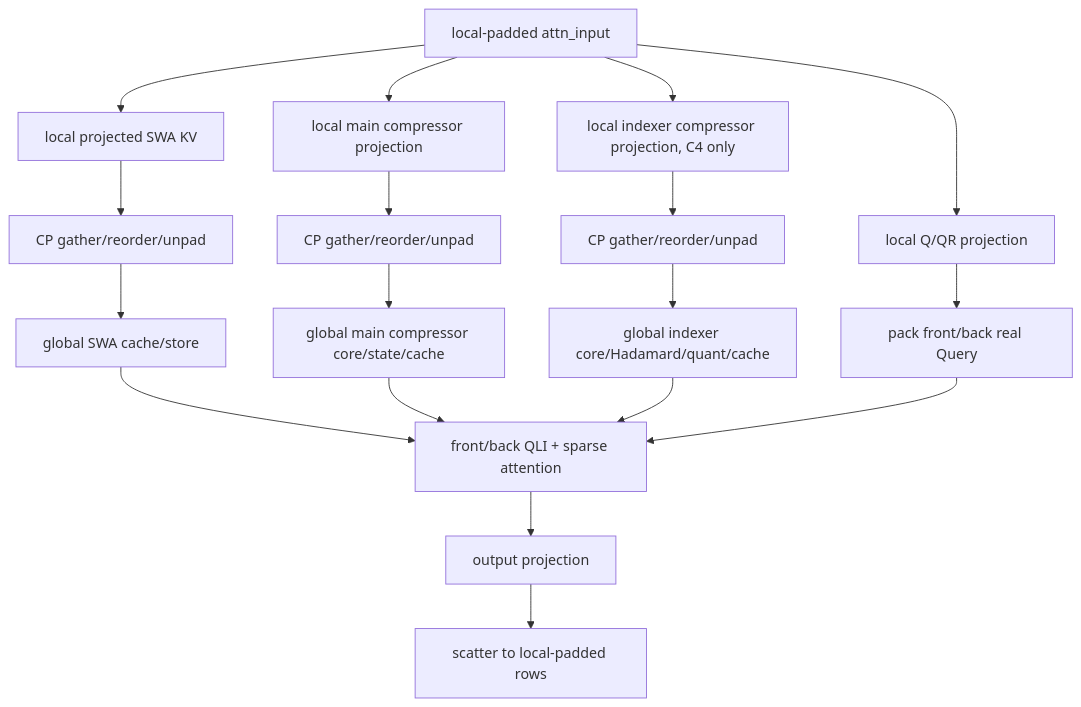
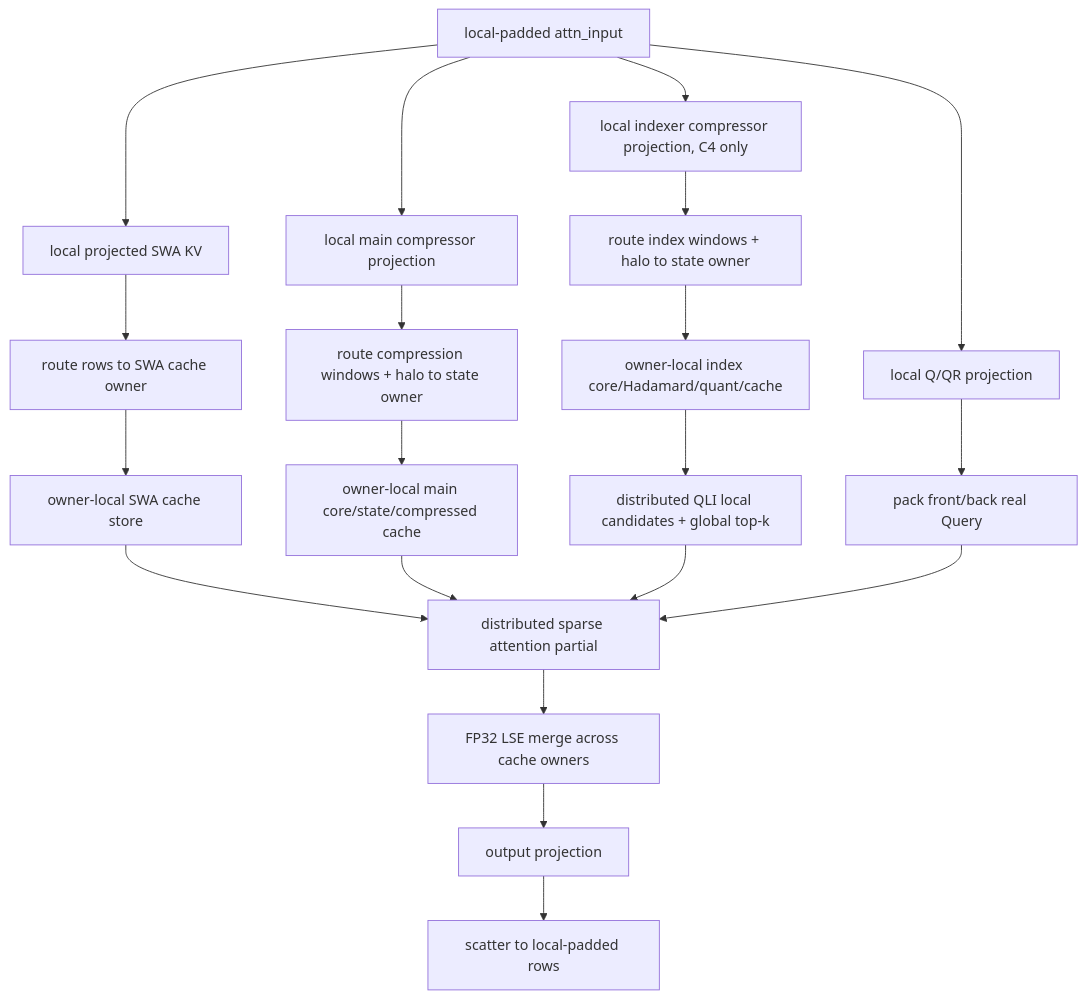
One commit to DongheJin/xllm changed the diagram in docs/src/content/docs/zh/design/deepseek_v4_npu_cp_pre_compressor_v2.md. Above: the diagram before and after it, drawn with Mermaid. The commit also changed other lines of this file and 97 other files, not shown here.

````diff
--- a/docs/src/content/docs/zh/design/deepseek_v4_npu_cp_pre_compressor_v2.md
+++ b/docs/src/content/docs/zh/design/deepseek_v4_npu_cp_pre_compressor_v2.md
@@ -346,20 +329,22 @@
 ```mermaid
 flowchart TD
   A[local-padded attn_input] --> B[local Q/QR projection]
   A --> C[local projected SWA KV]
   A --> D[local main compressor projection]
   A --> E[local indexer compressor projection, C4 only]
-  C --> F[CP gather/reorder/unpad]
-  D --> G[CP gather/reorder/unpad]
-  E --> H[CP gather/reorder/unpad]
-  F --> I[global SWA cache/store]
-  G --> J[global main compressor core/state/cache]
-  H --> K[global indexer core/Hadamard/quant/cache]
+  C --> F[route rows to SWA cache owner]
+  D --> G[route compression windows + halo to state owner]
+  E --> H[route index windows + halo to state owner]
+  F --> I[owner-local SWA cache store]
+  G --> J[owner-local main core/state/compressed cache]
+  H --> K[owner-local index core/Hadamard/quant/cache]
   B --> L[pack front/back real Query]
-  I --> M[front/back QLI + sparse attention]
+  K --> Q[distributed QLI local candidates + global top-k]
+  I --> M[distributed sparse attention partial]
   J --> M
-  K --> M
+  Q --> M
   L --> M
-  M --> N[output projection]
+  M --> R[FP32 LSE merge across cache owners]
+  R --> N[output projection]
   N --> O[scatter to local-padded rows]
 ```
````
